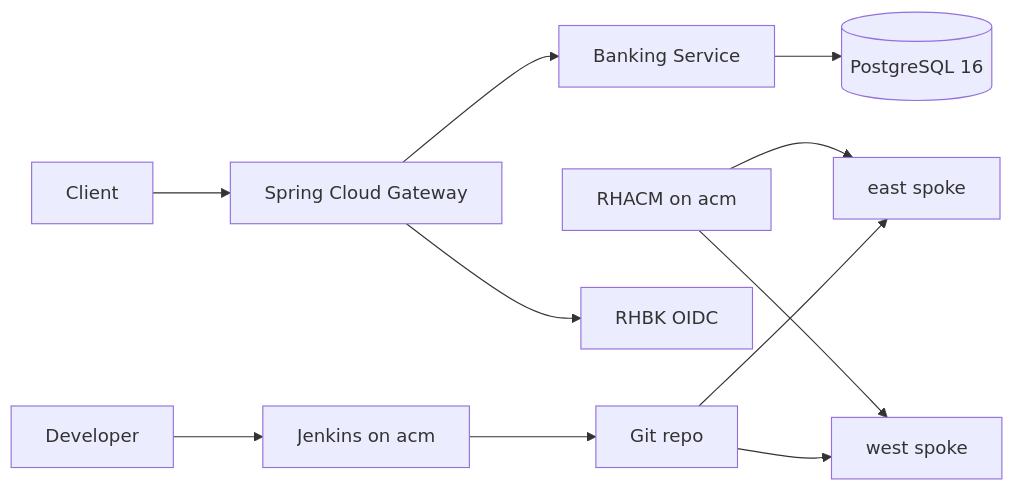
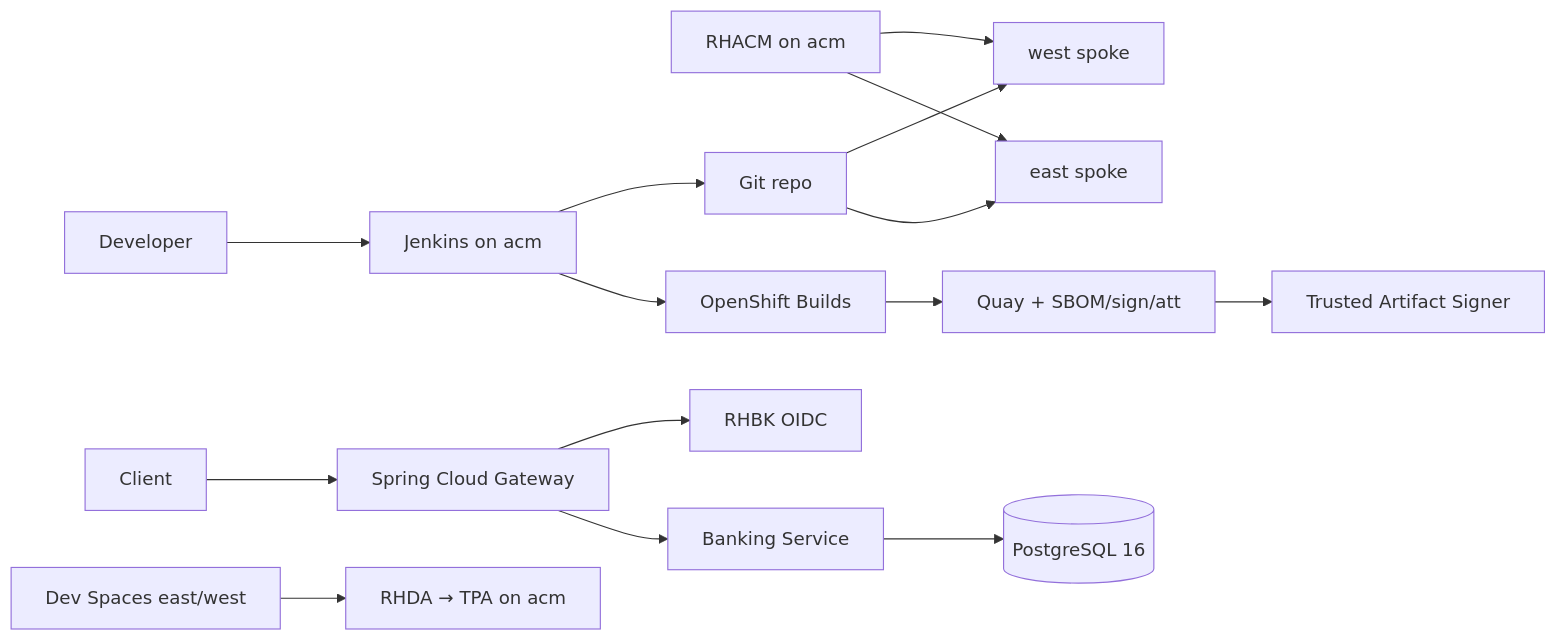
Before and after one commit to panchoraposo/demo-spring: the diagram in README.md, drawn with Mermaid. The commit also changed other lines of this file and 55 other files, not shown here.

First line of the commit message:
feat: add Quay/ODF/RHTAS/TPA supply chain and Dev Spaces to demo

````diff
--- a/README.md
+++ b/README.md
@@ -11,13 +11,17 @@
 ```mermaid
 flowchart LR
   ACM[RHACM on acm] --> East[east spoke]
   ACM --> West[west spoke]
   Client --> Gateway[Spring Cloud Gateway]
   Gateway --> Banking[Banking Service]
   Banking --> PG[(PostgreSQL 16)]
   Gateway --> Keycloak[RHBK OIDC]
   Dev[Developer] --> Jenkins[Jenkins on acm]
+  Jenkins --> Build[OpenShift Builds]
+  Build --> Quay[Quay + SBOM/sign/att]
+  Quay --> TAS[Trusted Artifact Signer]
   Jenkins --> Git[Git repo]
   Git --> East
   Git --> West
+  DS[Dev Spaces east/west] --> RHDA[RHDA → TPA on acm]
 ```
````
